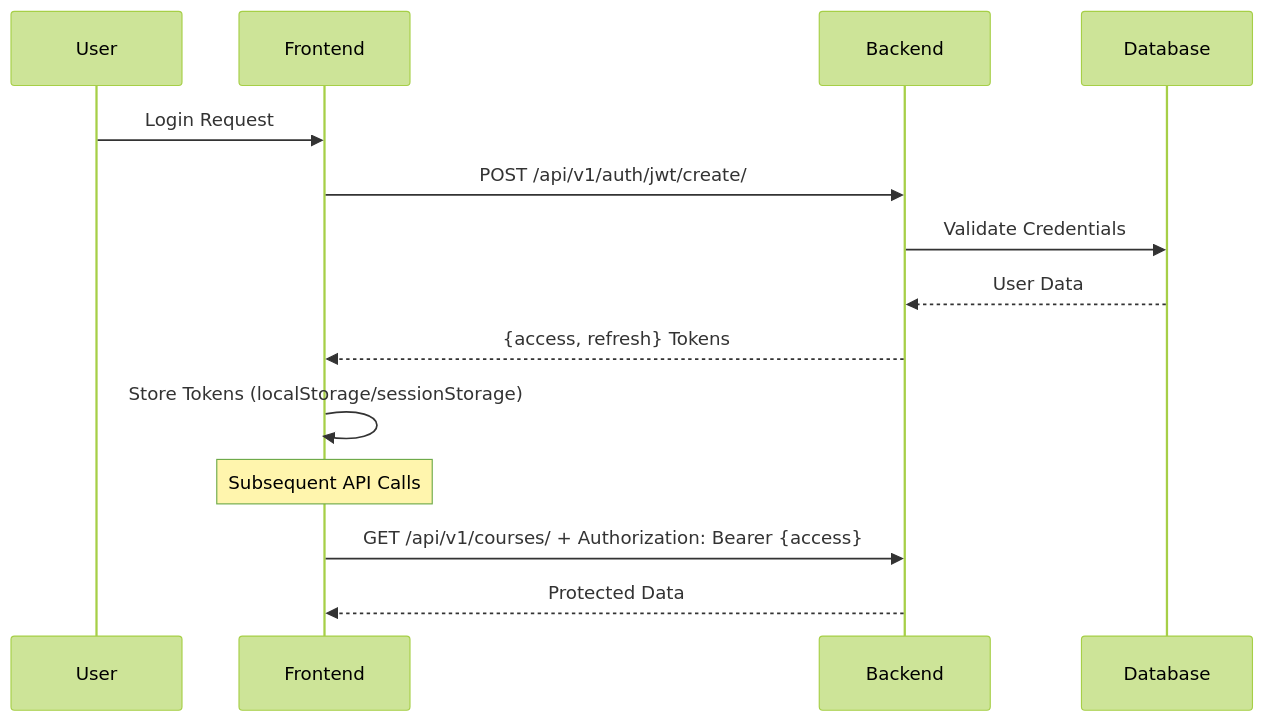
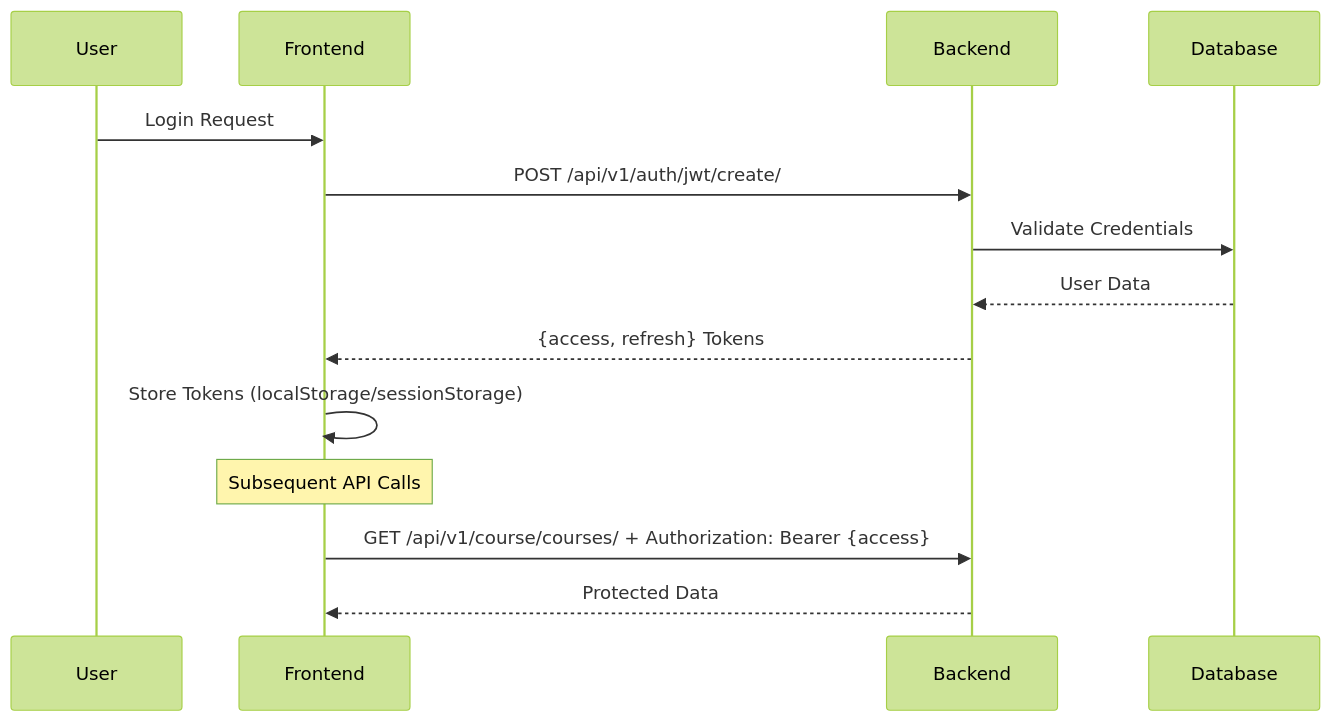
One commit to sammagafu/devangwabackend changed the diagram in INTEGRATION_GUIDE.md. Above: the diagram before and after it, drawn with Mermaid (forest theme). The commit also changed other lines of this file and 22 other files, not shown here.

````diff
--- a/INTEGRATION_GUIDE.md
+++ b/INTEGRATION_GUIDE.md
@@ -36,18 +36,18 @@
 ```mermaid
 sequenceDiagram
     participant U as User
     participant F as Frontend
     participant B as Backend
     participant DB as Database
 
     U->>F: Login Request
     F->>B: POST /api/v1/auth/jwt/create/
     B->>DB: Validate Credentials
     DB-->>B: User Data
     B-->>F: {access, refresh} Tokens
     F->>F: Store Tokens (localStorage/sessionStorage)
 
     Note over F: Subsequent API Calls
-    F->>B: GET /api/v1/courses/ + Authorization: Bearer {access}
+    F->>B: GET /api/v1/course/courses/ + Authorization: Bearer {access}
     B-->>F: Protected Data
 ```
````
